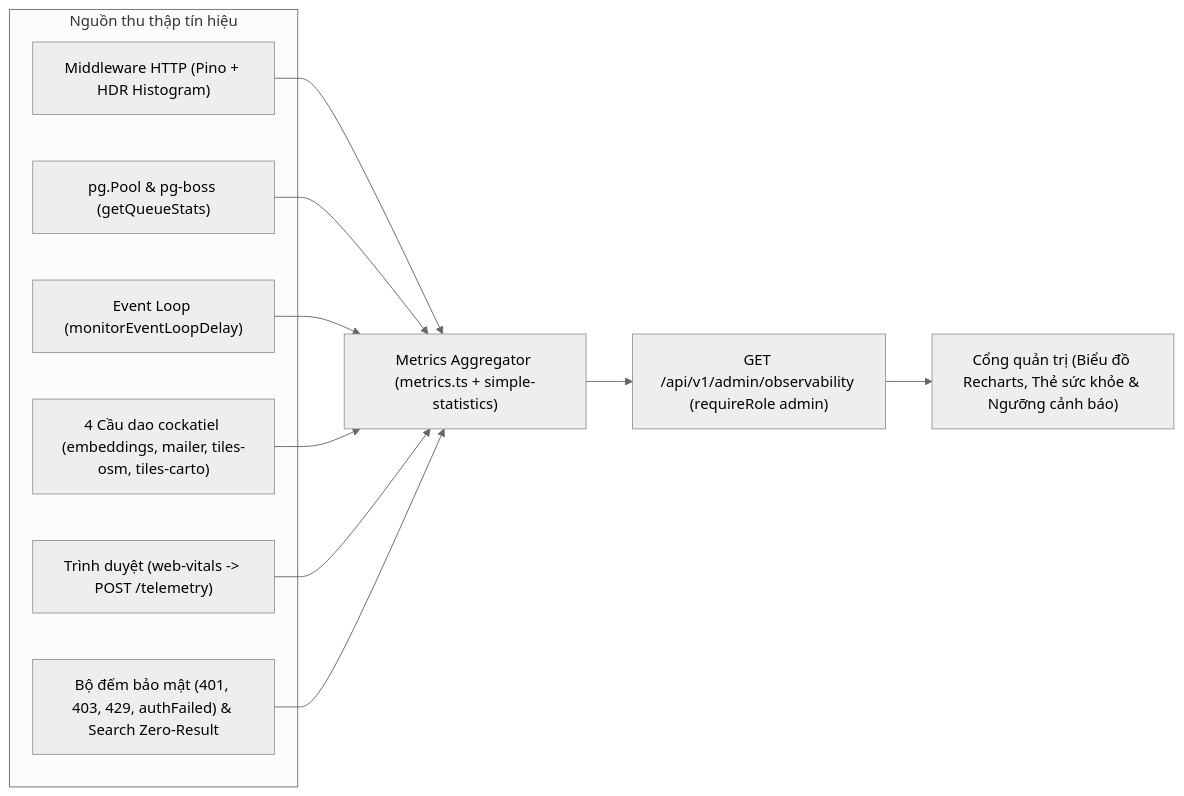
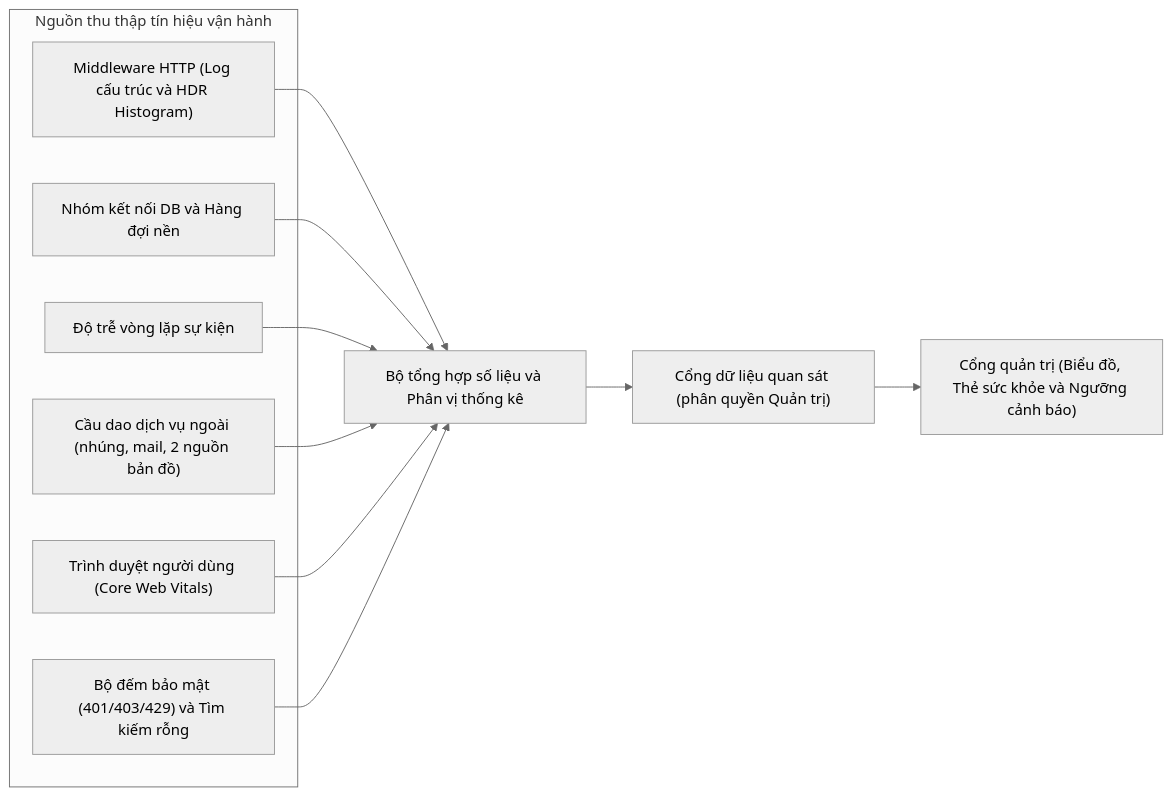
One commit to longqt321/Rendez-PBL6 changed diagram 18 of 24 in docs/bao-cao/BAO-CAO-DO-AN.md. Above: the diagram before and after it, drawn with Mermaid (neutral theme). The commit also changed other lines of this file and 71 other files, not shown here.

Commit message:
feat(schema,backend): complete UX API features, role isolation, and submissions

````diff
--- a/docs/bao-cao/BAO-CAO-DO-AN.md
+++ b/docs/bao-cao/BAO-CAO-DO-AN.md
@@ -1429,23 +1498,23 @@
 ```mermaid
 flowchart LR
-    subgraph Sources["Nguồn thu thập tín hiệu"]
-        HTTP["Middleware HTTP (Pino + HDR Histogram)"]
-        Pool["pg.Pool & pg-boss (getQueueStats)"]
-        Loop["Event Loop (monitorEventLoopDelay)"]
-        CB["4 Cầu dao cockatiel (embeddings, mailer, tiles-osm, tiles-carto)"]
-        RUM["Trình duyệt (web-vitals -> POST /telemetry)"]
-        Sec["Bộ đếm bảo mật (401, 403, 429, authFailed) & Search Zero-Result"]
+    subgraph Sources["Nguồn thu thập tín hiệu vận hành"]
+        HTTP["Middleware HTTP (Log cấu trúc và HDR Histogram)"]
+        Pool["Nhóm kết nối DB và Hàng đợi nền"]
+        Loop["Độ trễ vòng lặp sự kiện"]
+        CB["Cầu dao dịch vụ ngoài (nhúng, mail, 2 nguồn bản đồ)"]
+        RUM["Trình duyệt người dùng (Core Web Vitals)"]
+        Sec["Bộ đếm bảo mật (401/403/429) và Tìm kiếm rỗng"]
     end
 
-    Agg["Metrics Aggregator (metrics.ts + simple-statistics)"]
-    API["GET /api/v1/admin/observability (requireRole admin)"]
-    UI["Cổng quản trị (Biểu đồ Recharts, Thẻ sức khỏe & Ngưỡng cảnh báo)"]
+    Agg["Bộ tổng hợp số liệu và Phân vị thống kê"]
+    API["Cổng dữ liệu quan sát (phân quyền Quản trị)"]
+    UI["Cổng quản trị (Biểu đồ, Thẻ sức khỏe và Ngưỡng cảnh báo)"]
 
     HTTP --> Agg
     Pool --> Agg
     Loop --> Agg
     CB --> Agg
     RUM --> Agg
     Sec --> Agg
     Agg --> API --> UI
 ```
````
